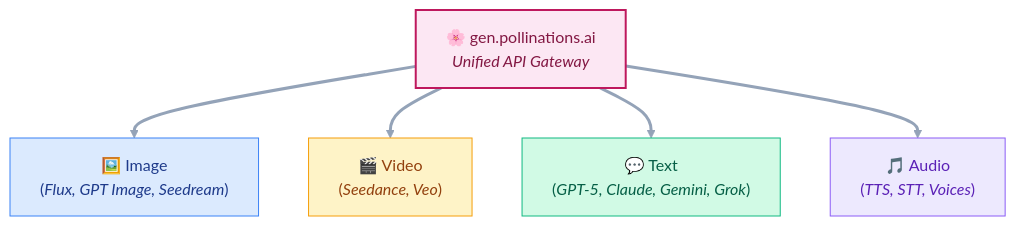
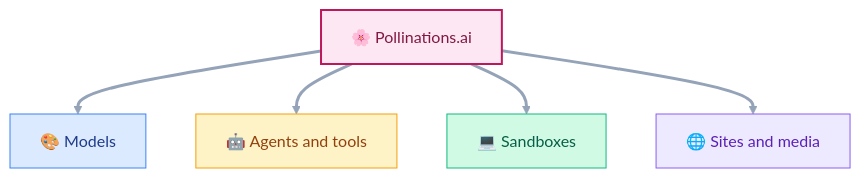
One commit to pollinations/.github changed the diagram in profile/README.md. Above: the diagram before and after it, drawn with Mermaid (forest theme). The commit also changed other lines of this file, not shown here.

````diff
--- a/profile/README.md
+++ b/profile/README.md
@@ -78,16 +67,16 @@
 ```mermaid
 flowchart TB
-    A["🌸 gen.pollinations.ai<br/><i>Unified API Gateway</i>"]
+    A["🌸 Pollinations.ai"]
 
-      A --> I["🖼️ Image<br/>(<i>Flux, GPT Image, Seedream</i>)"]
-      A --> V["🎬 Video<br/>(<i>Seedance, Veo</i>)"]
-      A --> T["💬 Text<br/>(<i>GPT-5, Claude, Gemini, Grok</i>)"]
-      A --> AU["🎵 Audio<br/>(<i>TTS, STT, Voices</i>)"]
+      A --> I["🎨 Models"]
+      A --> V["🤖 Agents and tools"]
+      A --> T["💻 Sandboxes"]
+      A --> AU["🌐 Sites and media"]
 
       style A fill:#fce7f3,stroke:#be185d,color:#831843,stroke-width:2px
       style I fill:#dbeafe,stroke:#3b82f6,color:#1e3a8a
       style V fill:#fef3c7,stroke:#f59e0b,color:#92400e
       style T fill:#d1fae5,stroke:#10b981,color:#065f46
       style AU fill:#ede9fe,stroke:#8b5cf6,color:#5b21b6
       linkStyle default stroke:#94a3b8,stroke-width:3px
 ```
````
